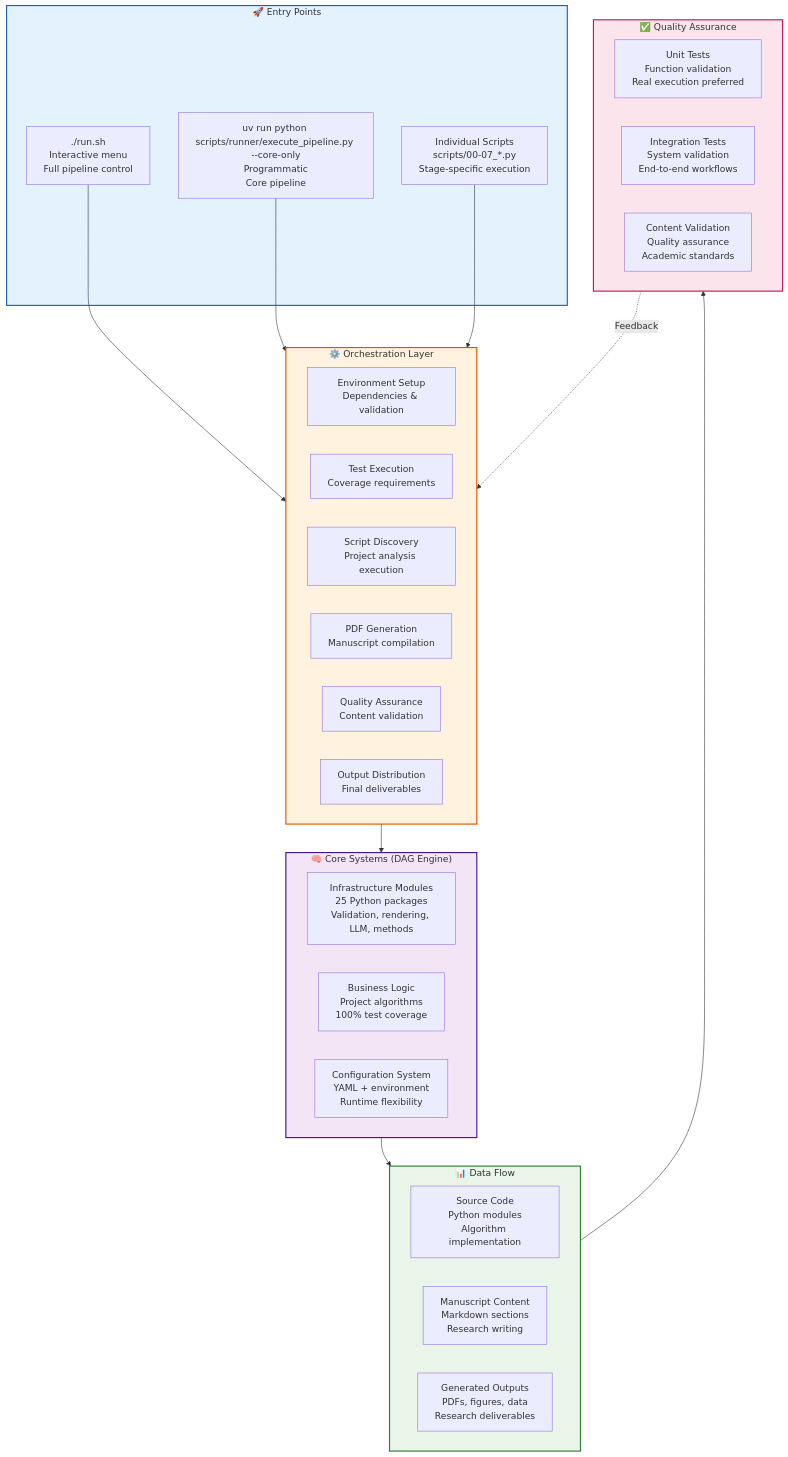
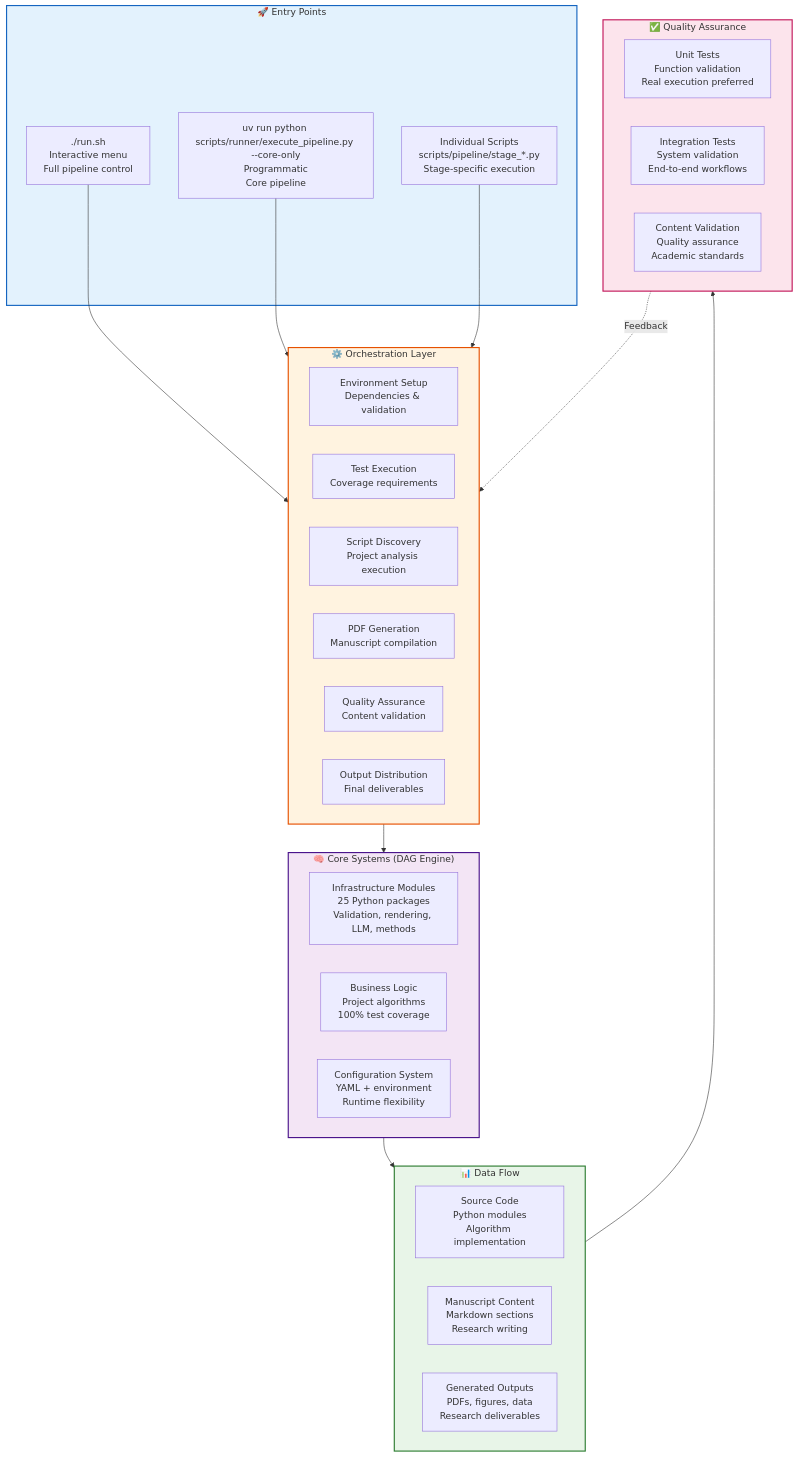
One commit to docxology/template changed the third of 8 diagrams in .github/README.md. Above: the diagram before and after it, drawn with Mermaid.

Commit message:
deep-pass: fix stale scripts/00-07 path in GitHub README architecture diagram

````diff
--- a/.github/README.md
+++ b/.github/README.md
@@ -360,57 +360,57 @@
 ```mermaid
 graph TB
     subgraph Entry["🚀 Entry Points"]
         RUNSH[./run.sh<br/>Interactive menu<br/>Full pipeline control]
         RUNALL[uv run python scripts/runner/execute_pipeline.py --core-only<br/>Programmatic<br/>Core pipeline]
-        INDIVIDUAL[Individual Scripts<br/>scripts/00-07_*.py<br/>Stage-specific execution]
+        INDIVIDUAL[Individual Scripts<br/>scripts/pipeline/stage_*.py<br/>Stage-specific execution]
     end
 
     subgraph Orchestration["⚙️ Orchestration Layer"]
         SETUP[Environment Setup<br/>Dependencies & validation]
         TESTING[Test Execution<br/>Coverage requirements]
         ANALYSIS[Script Discovery<br/>Project analysis execution]
         RENDERING[PDF Generation<br/>Manuscript compilation]
         VALIDATION[Quality Assurance<br/>Content validation]
         DELIVERY[Output Distribution<br/>Final deliverables]
     end
 
     subgraph Core["🧠 Core Systems (DAG Engine)"]
         INFRASTRUCTURE[Infrastructure Modules<br/>25 Python packages<br/>Validation, rendering, LLM, methods]
         BUSINESS_LOGIC[Business Logic<br/>Project algorithms<br/>100% test coverage]
         CONFIGURATION[Configuration System<br/>YAML + environment<br/>Runtime flexibility]
     end
 
     subgraph Data["📊 Data Flow"]
         SOURCE_CODE[Source Code<br/>Python modules<br/>Algorithm implementation]
         MANUSCRIPT_CONTENT[Manuscript Content<br/>Markdown sections<br/>Research writing]
         GENERATED_OUTPUTS[Generated Outputs<br/>PDFs, figures, data<br/>Research deliverables]
     end
 
     subgraph Quality["✅ Quality Assurance"]
         UNIT_TESTS[Unit Tests<br/>Function validation<br/>Real execution preferred]
         INTEGRATION_TESTS[Integration Tests<br/>System validation<br/>End-to-end workflows]
         VALIDATION_CHECKS[Content Validation<br/>Quality assurance<br/>Academic standards]
     end
 
     RUNSH --> Orchestration
     RUNALL --> Orchestration
     INDIVIDUAL --> Orchestration
 
     Orchestration --> Core
     Core --> Data
     Data --> Quality
 
     Quality -.->|Feedback| Orchestration
 
     classDef entry fill:#e3f2fd,stroke:#1565c0,stroke-width:2px
     classDef orchestration fill:#fff3e0,stroke:#e65100,stroke-width:2px
     classDef core fill:#f3e5f5,stroke:#4a148c,stroke-width:2px
     classDef data fill:#e8f5e8,stroke:#2e7d32,stroke-width:2px
     classDef quality fill:#fce4ec,stroke:#c2185b,stroke-width:2px
 
     class Entry entry
     class Orchestration orchestration
     class Core core
     class Data data
     class Quality quality
 ```
````
